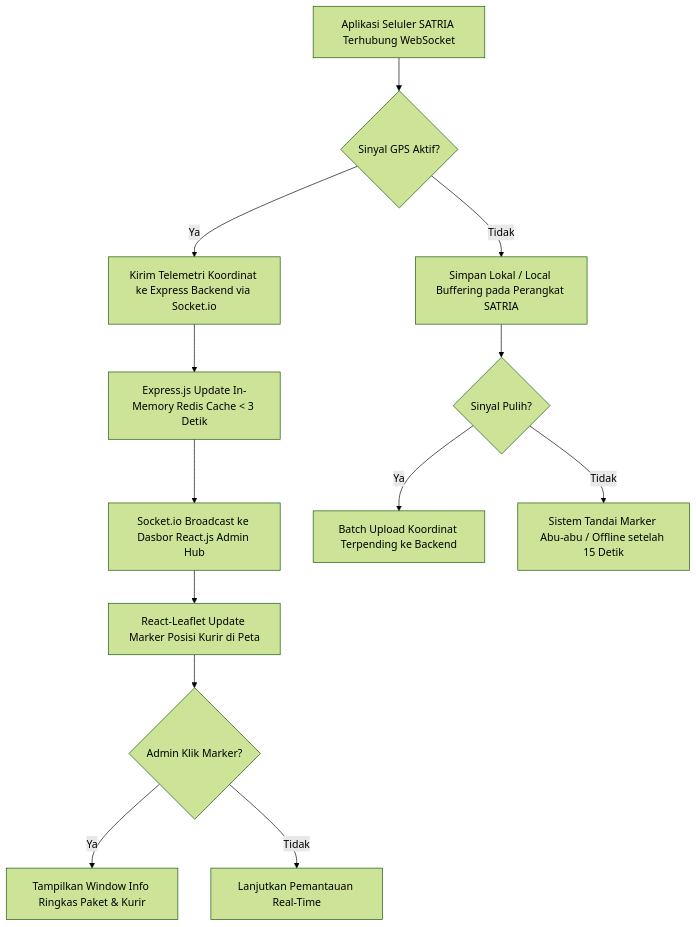
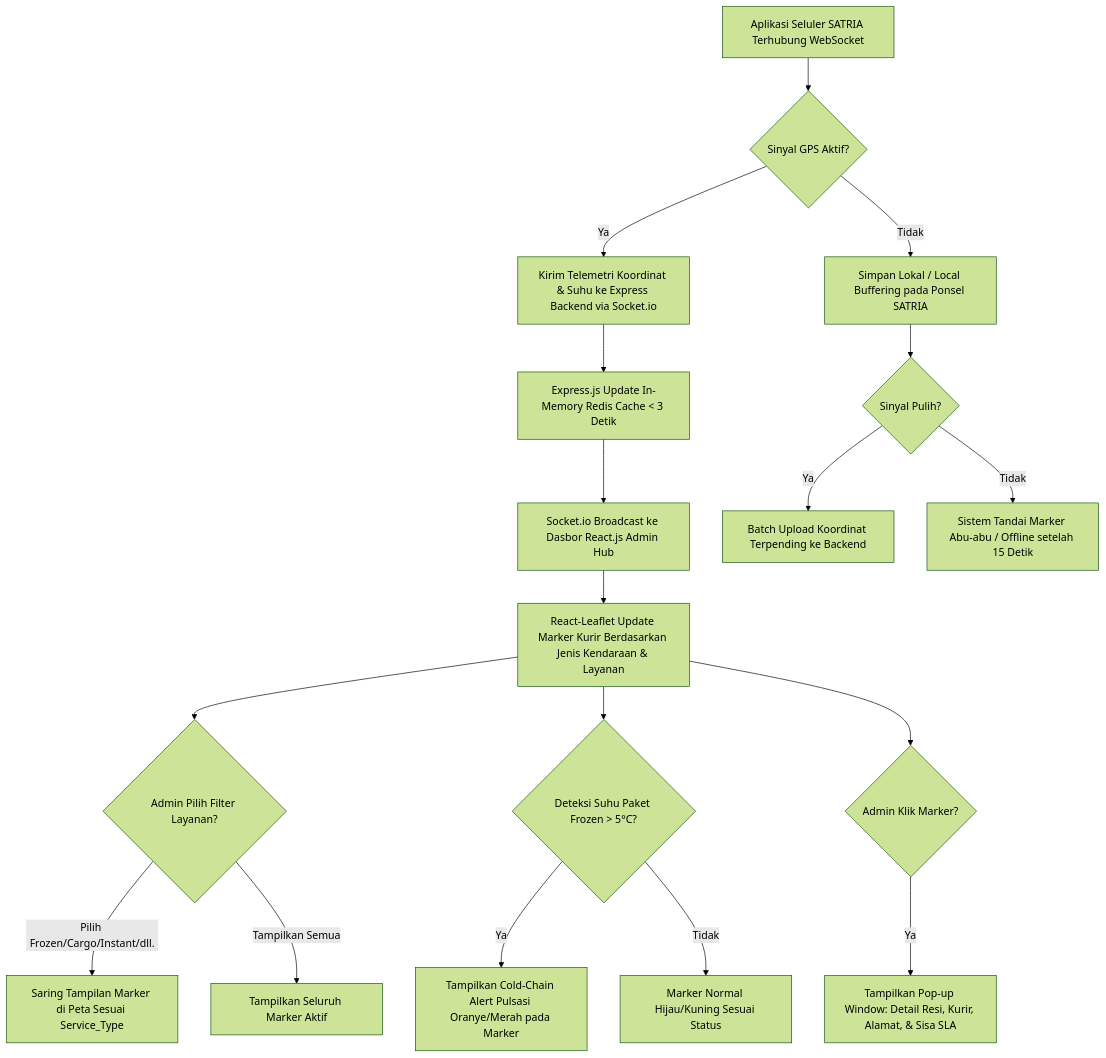
The diagram in docs/frd/FRD-01-live-monitoring-map.md (Ampasan/anteraja-capstone-naufalrakanramadhan), drawn with Mermaid (forest theme) before and after one commit. The commit also changed other lines of this file and 7 other files, not shown here.

````diff
--- a/docs/frd/FRD-01-live-monitoring-map.md
+++ b/docs/frd/FRD-01-live-monitoring-map.md
@@ -21,15 +23,20 @@
 ```mermaid
 graph TD
     A[Aplikasi Seluler SATRIA Terhubung WebSocket] --> B{Sinyal GPS Aktif?}
-    B -- Ya --> C[Kirim Telemetri Koordinat ke Express Backend via Socket.io]
-    B -- Tidak --> D[Simpan Lokal / Local Buffering pada Perangkat SATRIA]
+    B -- Ya --> C[Kirim Telemetri Koordinat & Suhu ke Express Backend via Socket.io]
+    B -- Tidak --> D[Simpan Lokal / Local Buffering pada Ponsel SATRIA]
     C --> E[Express.js Update In-Memory Redis Cache < 3 Detik]
     E --> F[Socket.io Broadcast ke Dasbor React.js Admin Hub]
-    F --> G[React-Leaflet Update Marker Posisi Kurir di Peta]
-    G --> H{Admin Klik Marker?}
-    H -- Ya --> I[Tampilkan Window Info Ringkas Paket & Kurir]
-    H -- Tidak --> J[Lanjutkan Pemantauan Real-Time]
-    D --> K{Sinyal Pulih?}
-    K -- Ya --> L[Batch Upload Koordinat Terpending ke Backend]
-    K -- Tidak --> M[Sistem Tandai Marker Abu-abu / Offline setelah 15 Detik]
+    F --> G[React-Leaflet Update Marker Kurir Berdasarkan Jenis Kendaraan & Layanan]
+    G --> H{Admin Pilih Filter Layanan?}
+    H -- "Pilih Frozen/Cargo/Instant/dll." --> I[Saring Tampilan Marker di Peta Sesuai Service_Type]
+    H -- "Tampilkan Semua" --> J[Tampilkan Seluruh Marker Aktif]
+    G --> K{Deteksi Suhu Paket Frozen > 5°C?}
+    K -- Ya --> L[Tampilkan Cold-Chain Alert Pulsasi Oranye/Merah pada Marker]
+    K -- Tidak --> M[Marker Normal Hijau/Kuning Sesuai Status]
+    G --> N{Admin Klik Marker?}
+    N -- Ya --> O[Tampilkan Pop-up Window: Detail Resi, Kurir, Alamat, & Sisa SLA]
+    D --> P{Sinyal Pulih?}
+    P -- Ya --> Q[Batch Upload Koordinat Terpending ke Backend]
+    P -- Tidak --> R[Sistem Tandai Marker Abu-abu / Offline setelah 15 Detik]
 ```
````
